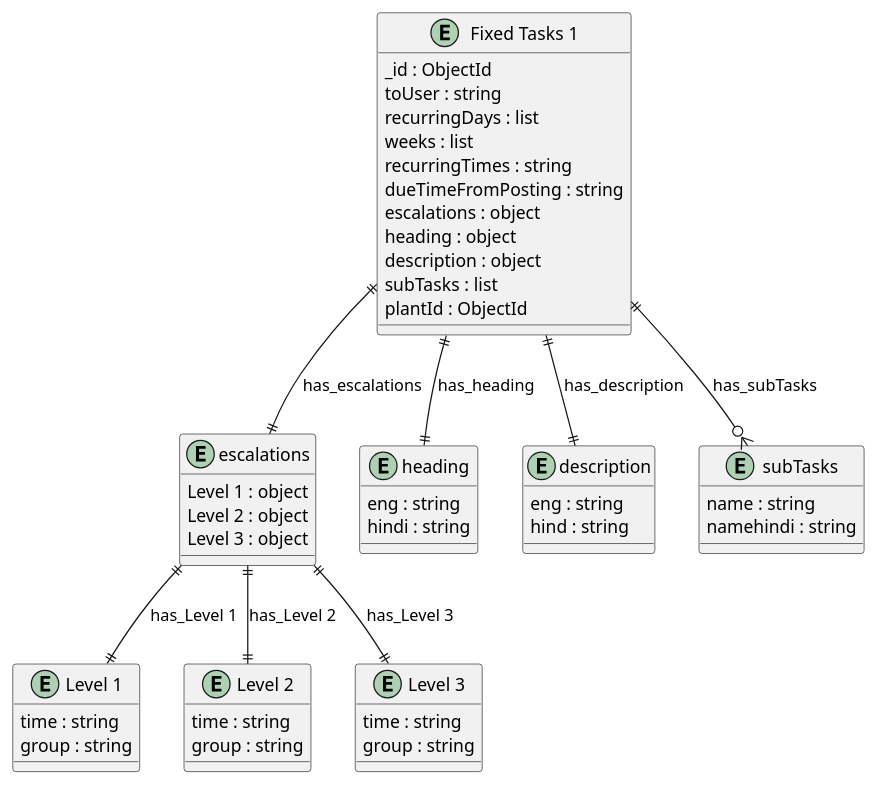
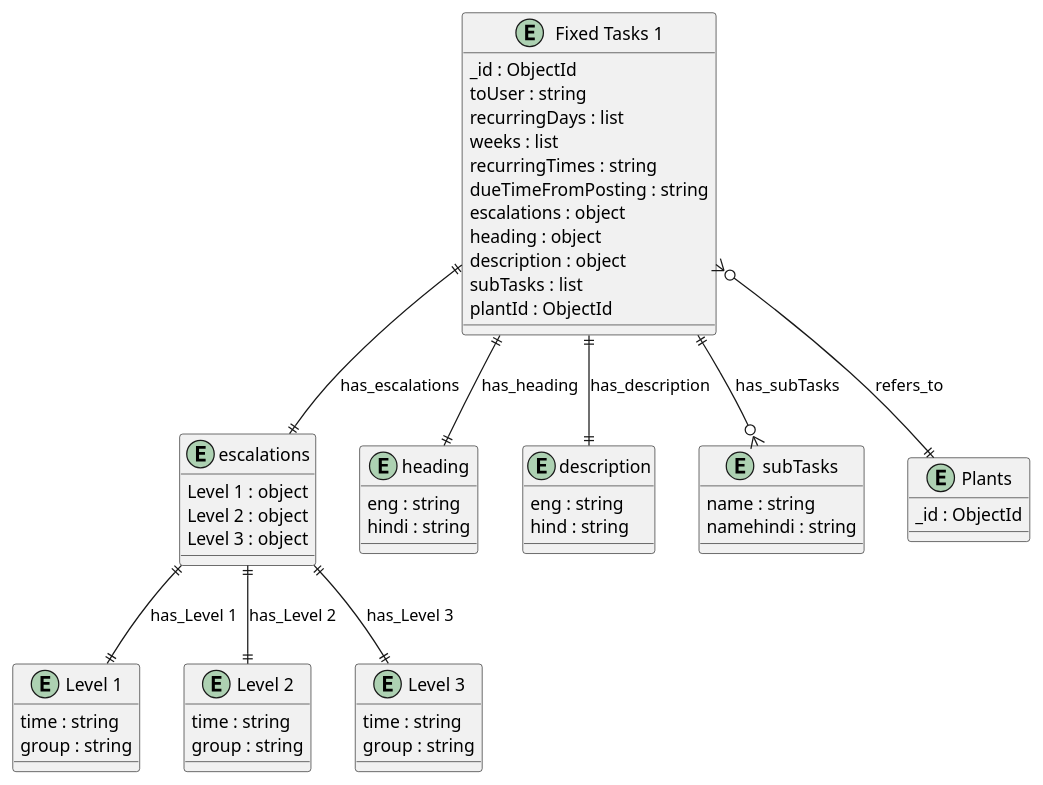
One commit to DigitalPaani/DigitalPaani_ERD changed the diagram in erd_output/FIXED_TASKS_1.puml. Above: the diagram before and after it, drawn with PlantUML. The commit also changed 208 other files, not shown here.

```diff
--- a/erd_output/FIXED_TASKS_1.puml
+++ b/erd_output/FIXED_TASKS_1.puml
@@ -1,61 +1,68 @@
 @startuml Fixed_Tasks_1_Diagram
 
 entity "Fixed Tasks 1" as Fixed_Tasks_1 {
   _id : ObjectId
   toUser : string
   recurringDays : list
   weeks : list
   recurringTimes : string
   dueTimeFromPosting : string
   escalations : object
   heading : object
   description : object
   subTasks : list
   plantId : ObjectId
 }
 
 entity "escalations" as escalations {
   Level 1 : object
   Level 2 : object
   Level 3 : object
 }
 
 entity "Level 1" as Level_1 {
   time : string
   group : string
 }
 
 entity "Level 2" as Level_2 {
   time : string
   group : string
 }
 
 entity "Level 3" as Level_3 {
   time : string
   group : string
 }
 
 entity "heading" as heading {
   eng : string
   hindi : string
 }
 
 entity "description" as description {
   eng : string
   hind : string
 }
 
 entity "subTasks" as subTasks {
   name : string
   namehindi : string
 }
 
-' // Relationships
+
+' Shared Plant entity
+entity "Plants" as Plants {
+  _id : ObjectId
+}
+
+' Relationships
 Fixed_Tasks_1 ||--|| escalations : has_escalations
 escalations ||--|| Level_1 : has_Level 1
 escalations ||--|| Level_2 : has_Level 2
 escalations ||--|| Level_3 : has_Level 3
 Fixed_Tasks_1 ||--|| heading : has_heading
 Fixed_Tasks_1 ||--|| description : has_description
 Fixed_Tasks_1 ||--o{ subTasks : has_subTasks
+Fixed_Tasks_1 }o--|| Plants : refers_to
 @enduml
```
